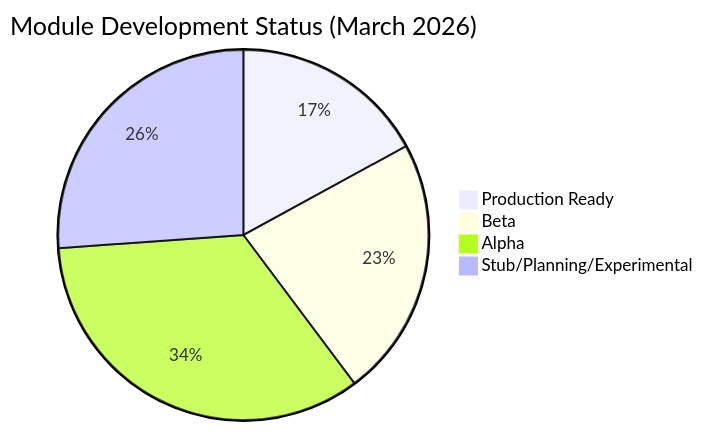
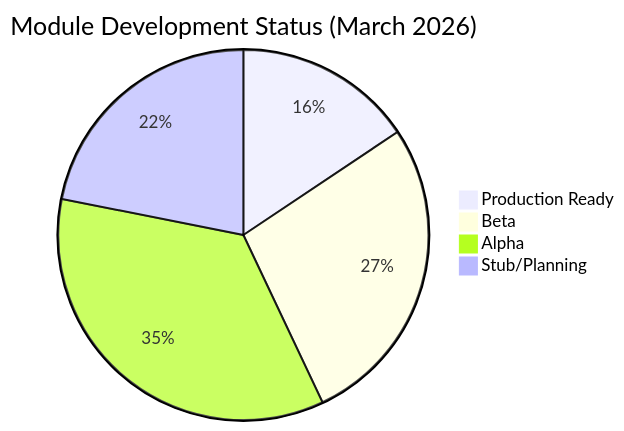
Before and after one commit to docxology/codomyrmex: the third of 3 diagrams in docs/modules/module-reference.md, drawn with Mermaid. The commit also changed other lines of this file and 2486 other files, not shown here.

````diff
--- a/docs/modules/module-reference.md
+++ b/docs/modules/module-reference.md
@@ -362,7 +363,7 @@
 ```mermaid
 pie title Module Development Status (March 2026)
-    "Production Ready" : 15
-    "Beta" : 20
-    "Alpha" : 30
-    "Stub/Planning/Experimental" : 23
+    "Production Ready" : 20
+    "Beta" : 35
+    "Alpha" : 45
+    "Stub/Planning" : 28
 ```
````
